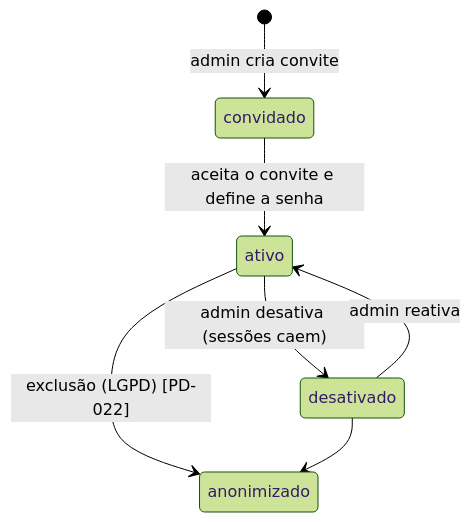
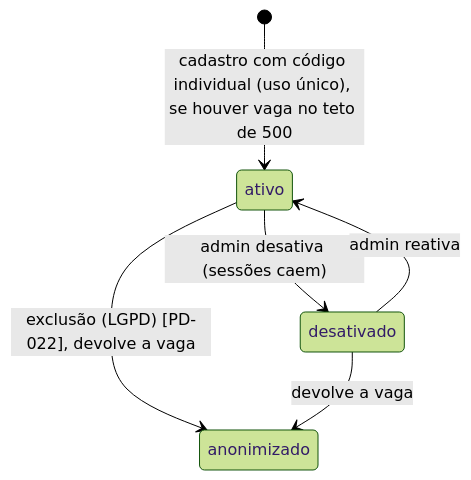
One commit to Residuum-Organization/residuum-documentacao changed the fifth of 9 diagrams in docs/02-arquitetura/diagramas.md. Above: the diagram before and after it, drawn with Mermaid (forest theme). The commit also changed other lines of this file, not shown here.

Commit message:
docs(arquitetura): diagramas alinhados às decisões e novos de pagamento e campanha

````diff
--- a/docs/02-arquitetura/diagramas.md
+++ b/docs/02-arquitetura/diagramas.md
@@ -72,9 +72,8 @@
 ```mermaid
 stateDiagram-v2
-  [*] --> convidado: admin cria convite
-  convidado --> ativo: aceita o convite e define a senha
+  [*] --> ativo: cadastro com código individual (uso único), se houver vaga no teto de 500
   ativo --> desativado: admin desativa (sessões caem)
   desativado --> ativo: admin reativa
-  ativo --> anonimizado: exclusão (LGPD) [PD-022]
-  desativado --> anonimizado
+  ativo --> anonimizado: exclusão (LGPD) [PD-022], devolve a vaga
+  desativado --> anonimizado: devolve a vaga
 ```
````
